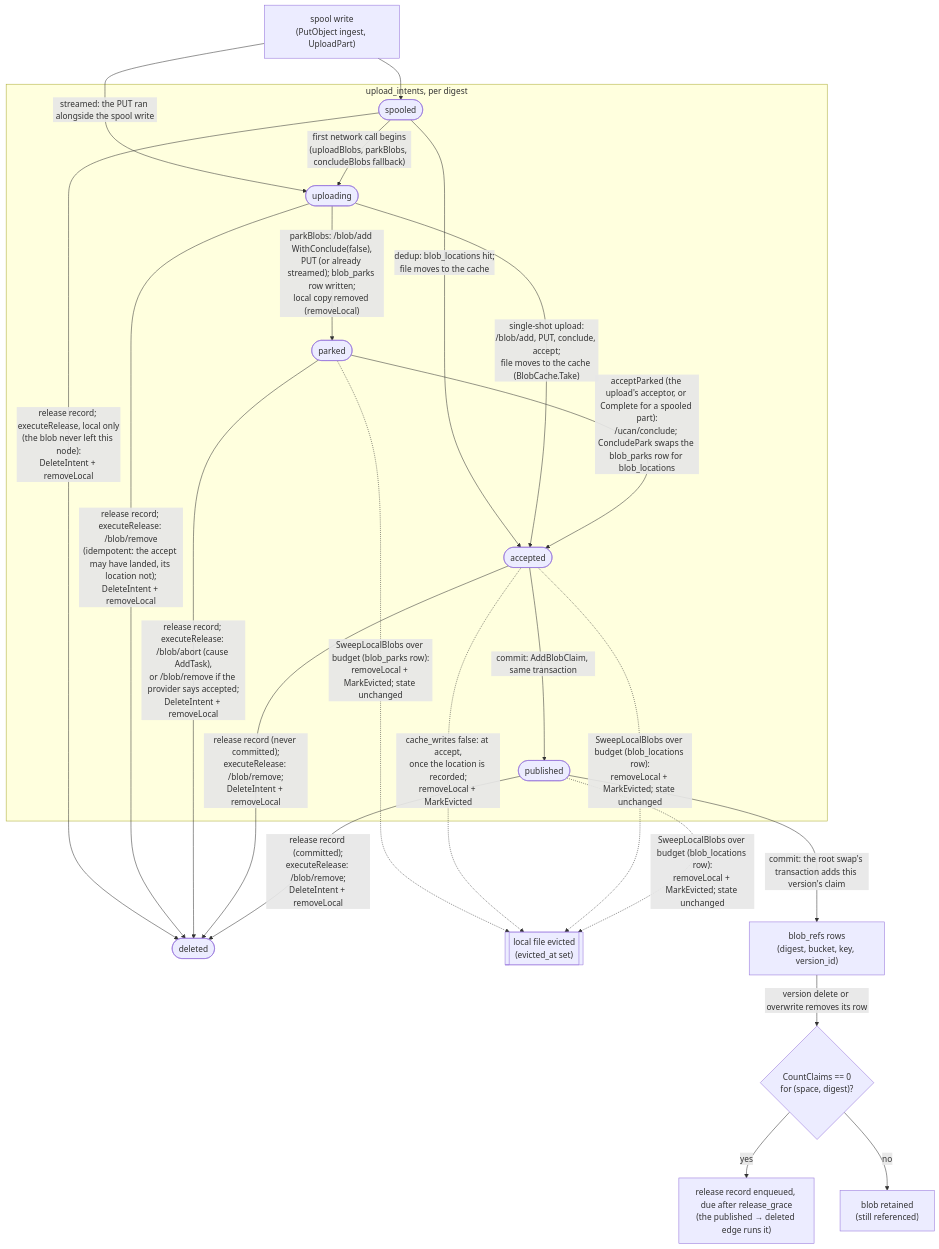
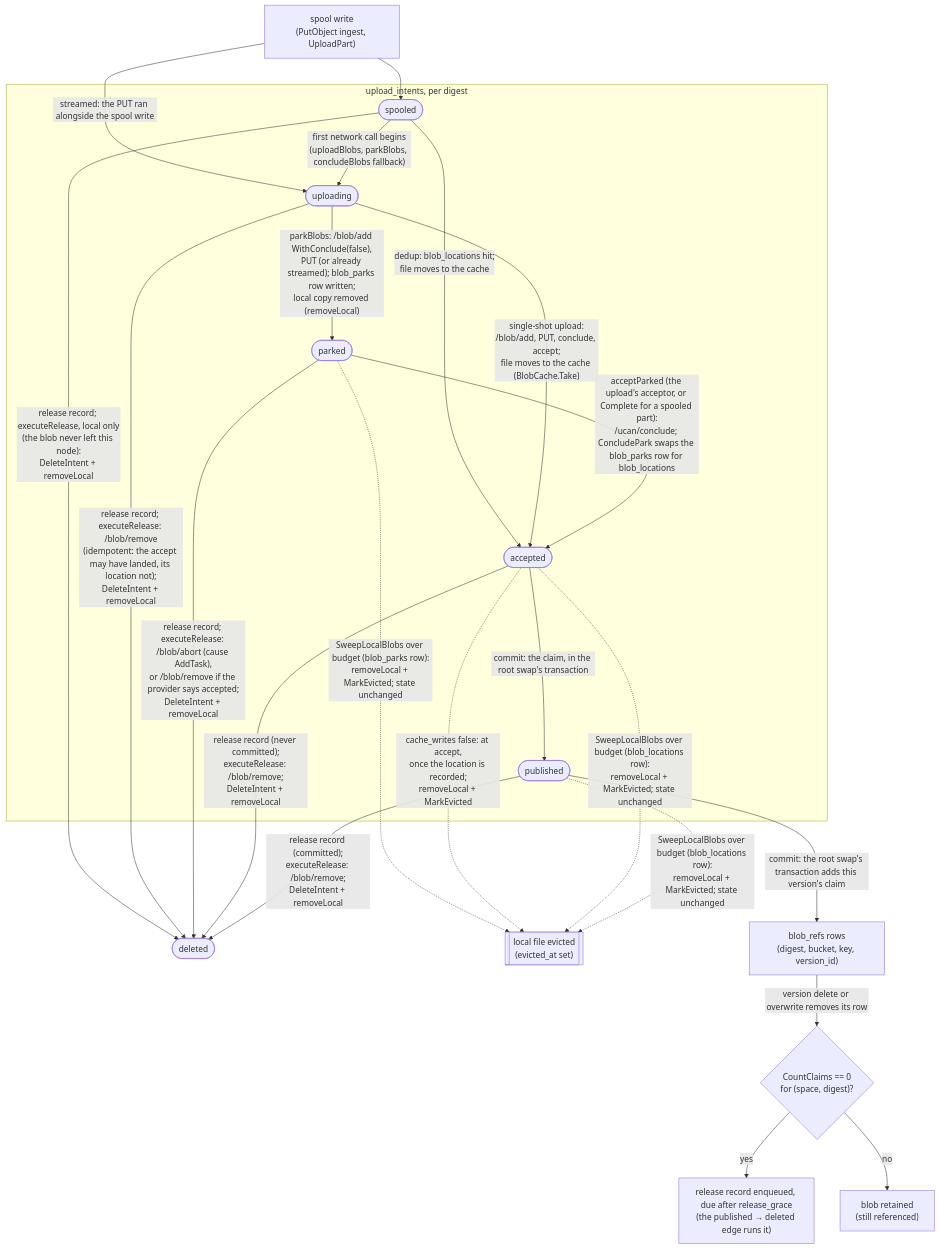
The ninth of 15 diagrams in docs/diagrams.md (fil-forge/ingot), drawn with Mermaid before and after one commit. The commit also changed other lines of this file and 4 other files, not shown here.

````diff
--- a/docs/diagrams.md
+++ b/docs/diagrams.md
@@ -677,35 +677,35 @@
 ```mermaid
 flowchart TB
     W["spool write<br/>(PutObject ingest, UploadPart)"] --> spooled
     W -->|"streamed: the PUT ran alongside the spool write"| uploading
 
     subgraph intents["upload_intents, per digest"]
         spooled([spooled])
         uploading([uploading])
         parked([parked])
         accepted([accepted])
         published([published])
     end
 
     spooled -->|"dedup: blob_locations hit;<br/>file moves to the cache"| accepted
     spooled -->|"first network call begins<br/>(uploadBlobs, parkBlobs, concludeBlobs fallback)"| uploading
     uploading -->|"single-shot upload:<br/>/blob/add, PUT, conclude, accept;<br/>file moves to the cache (BlobCache.Take)"| accepted
     uploading -->|"parkBlobs: /blob/add WithConclude(false),<br/>PUT (or already streamed); blob_parks row written;<br/>local copy removed (removeLocal)"| parked
     parked -->|"acceptParked (the upload's acceptor, or Complete for a spooled part):<br/>/ucan/conclude; ConcludePark swaps the blob_parks row for blob_locations"| accepted
     spooled -->|"release record; executeRelease, local only<br/>(the blob never left this node):<br/>DeleteIntent + removeLocal"| gone([deleted])
     uploading -->|"release record; executeRelease: /blob/remove<br/>(idempotent: the accept may have landed, its location not);<br/>DeleteIntent + removeLocal"| gone
     parked -->|"release record; executeRelease: /blob/abort (cause AddTask),<br/>or /blob/remove if the provider says accepted;<br/>DeleteIntent + removeLocal"| gone
     accepted -->|"release record (never committed);<br/>executeRelease: /blob/remove;<br/>DeleteIntent + removeLocal"| gone
     published -->|"release record (committed);<br/>executeRelease: /blob/remove;<br/>DeleteIntent + removeLocal"| gone
 
-    accepted -->|"commit: AddBlobClaim, same transaction"| published
+    accepted -->|"commit: the claim, in the root swap's transaction"| published
 
     parked -.->|"SweepLocalBlobs over budget (blob_parks row):<br/>removeLocal + MarkEvicted; state unchanged"| evicted[["local file evicted<br/>(evicted_at set)"]]
     accepted -.->|"cache_writes false: at accept,<br/>once the location is recorded;<br/>removeLocal + MarkEvicted"| evicted
     accepted -.->|"SweepLocalBlobs over budget (blob_locations row):<br/>removeLocal + MarkEvicted; state unchanged"| evicted
     published -.->|"SweepLocalBlobs over budget (blob_locations row):<br/>removeLocal + MarkEvicted; state unchanged"| evicted
     published -->|"commit: the root swap's transaction adds this version's claim"| refs["blob_refs rows<br/>(digest, bucket, key, version_id)"]
     refs -->|"version delete or overwrite removes its row"| zero{"CountClaims == 0<br/>for (space, digest)?"}
     zero -->|yes| rel["release record enqueued, due after release_grace<br/>(the published → deleted edge runs it)"]
     zero -->|no| keep["blob retained<br/>(still referenced)"]
 ```
````
